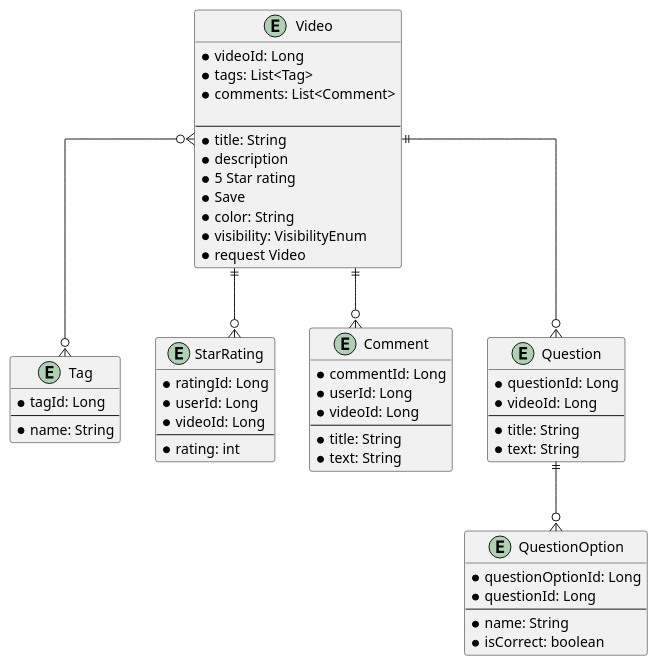
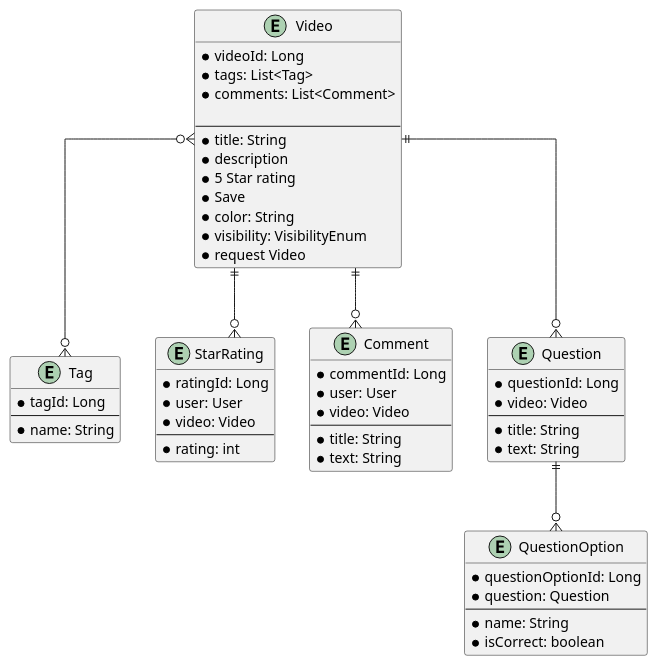
One commit to YanikKendler/iptor-multiflex-academy changed the diagram in docs/ERD.puml. Above: the diagram before and after it, drawn with PlantUML. The commit also changed 10 other files, not shown here.

Commit message:
minor ERD change

```diff
--- a/docs/ERD.puml
+++ b/docs/ERD.puml
@@ -1,67 +1,67 @@
 @startuml
   skinparam linetype ortho
 
 	entity Video {
 		* videoId: Long
     * tags: List<Tag>
     * comments: List<Comment>
 
 		--
 		* title: String
     * description
     * 5 Star rating
     * Save
     * color: String
     * visibility: VisibilityEnum
     * request Video
 	}
 
 	entity Tag {
 		* tagId: Long
 		--
 		* name: String
 	}
 
 	entity StarRating {
 		* ratingId: Long
-		* userId: Long
-		* videoId: Long
+		* user: User
+		* video: Video
 		--
 		* rating: int
 	}
 
 	entity Comment {
 		* commentId: Long
-		* userId: Long
-		* videoId: Long
+		* user: User
+		* video: Video
 		--
 		* title: String
 		* text: String
 	}
 
 
 
 	entity Question {
 		* questionId: Long
-		* videoId: Long
+		* video: Video
 		--
 		* title: String
 		* text: String
 	}
 
 	entity QuestionOption {
 		* questionOptionId: Long
-		* questionId: Long
+		* question: Question
 		--
 		* name: String
 		* isCorrect: boolean
 	}
 
 	Question ||--o{ QuestionOption
 
 	Video ||--o{ StarRating
 	Video }o--o{ Tag
 	Video ||--o{ Comment
 	Video ||--o{ Question
 
 @enduml
```
